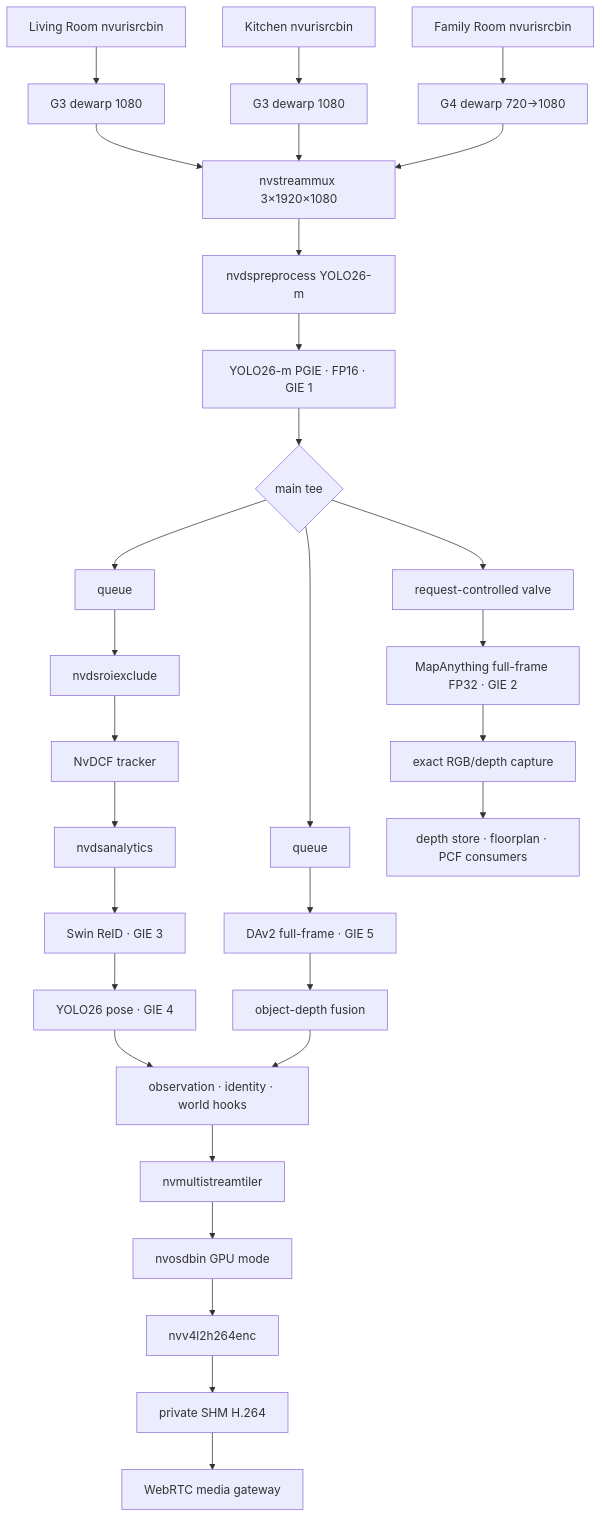
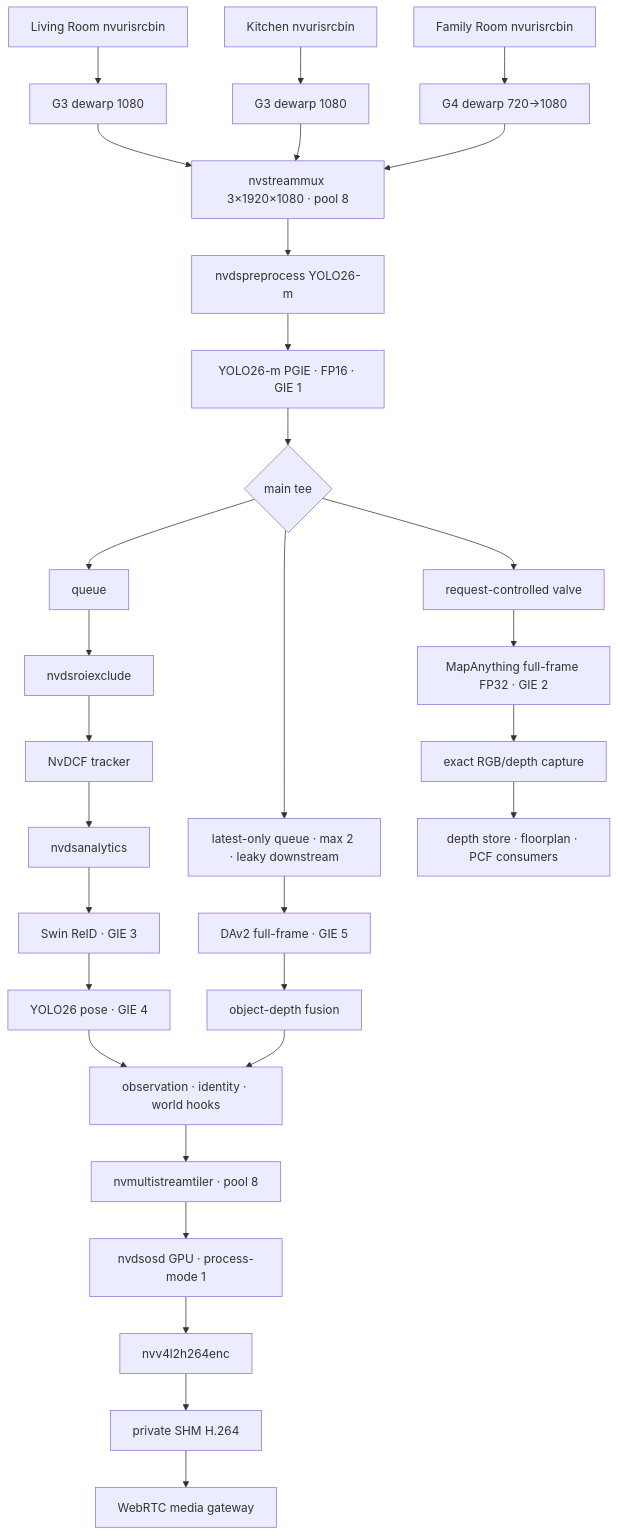
Before and after one commit to dmanfx/noesis: the first of 2 diagrams in DS9/PIPELINE_GRAPH.md, drawn with Mermaid. The commit also changed other lines of this file and 77 other files, not shown here.

````diff
--- a/DS9/PIPELINE_GRAPH.md
+++ b/DS9/PIPELINE_GRAPH.md
@@ -8,36 +8,36 @@
 ```mermaid
 flowchart TB
     L[Living Room nvurisrcbin] --> LD[G3 dewarp 1080]
     K[Kitchen nvurisrcbin] --> KD[G3 dewarp 1080]
     F[Family Room nvurisrcbin] --> FD[G4 dewarp 720→1080]
-    LD --> MUX[nvstreammux 3×1920×1080]
+    LD --> MUX[nvstreammux 3×1920×1080 · pool 8]
     KD --> MUX
     FD --> MUX
 
     MUX --> PRE[nvdspreprocess YOLO26-m]
     PRE --> DET[YOLO26-m PGIE · FP16 · GIE 1]
     DET --> TEE{main tee}
 
     TEE --> Q1[queue]
     Q1 --> ROI[nvdsroiexclude]
     ROI --> TRACK[NvDCF tracker]
     TRACK --> ANALYTICS[nvdsanalytics]
     ANALYTICS --> REID[Swin ReID · GIE 3]
     REID --> POSE[YOLO26 pose · GIE 4]
     POSE --> WORLD[observation · identity · world hooks]
-    WORLD --> TILER[nvmultistreamtiler]
-    TILER --> OSD[nvosdbin GPU mode]
+    WORLD --> TILER[nvmultistreamtiler · pool 8]
+    TILER --> OSD[nvdsosd GPU · process-mode 1]
     OSD --> ENCODE[nvv4l2h264enc]
     ENCODE --> SHM[private SHM H.264]
     SHM --> WEBRTC[WebRTC media gateway]
 
-    TEE --> Q2[queue]
+    TEE --> Q2[latest-only queue · max 2 · leaky downstream]
     Q2 --> DAV2[DAv2 full-frame · GIE 5]
     DAV2 --> OBJDEPTH[object-depth fusion]
     OBJDEPTH --> WORLD
 
     TEE --> VALVE[request-controlled valve]
     VALVE --> MA[MapAnything full-frame FP32 · GIE 2]
     MA --> EXACT[exact RGB/depth capture]
     EXACT --> STORE[depth store · floorplan · PCF consumers]
 ```
````
